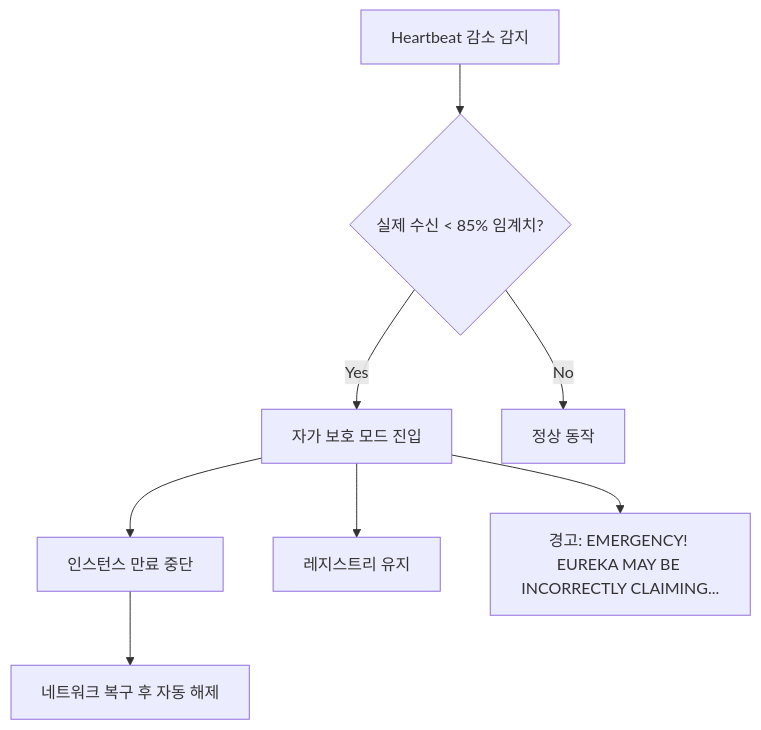
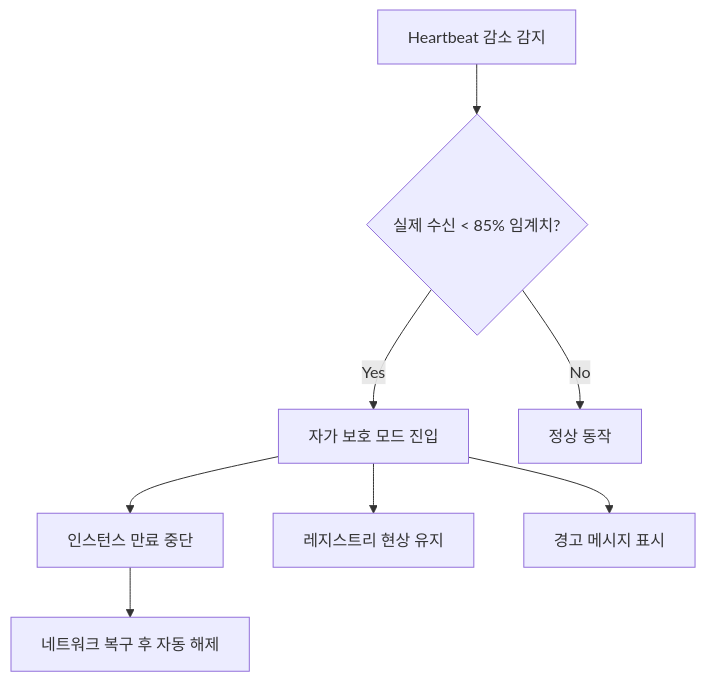
Before and after one commit to yjkim2015/yjkim2015.github.io: the third of 4 diagrams in _posts/spring/2026-05-01-spring-eureka.md, drawn with Mermaid. The commit also changed other lines of this file and 34 other files, not shown here.

First line of the commit message:
Full quality pass: 41 files — ASCII removed, 동작원리 보강, diagrams

```diff
--- a/_posts/spring/2026-05-01-spring-eureka.md
+++ b/_posts/spring/2026-05-01-spring-eureka.md
@@ -373,10 +184,10 @@
 <div class="mermaid">
 graph TD
-    A[Heartbeat 감소 감지] --> B{실제 수신 < 85% 임계치?}
-    B -->|Yes| C[자가 보호 모드 진입]
-    B -->|No| D[정상 동작]
-    C --> E[인스턴스 만료 중단]
-    C --> F[레지스트리 유지]
-    C --> G[경고: EMERGENCY! EUREKA MAY BE INCORRECTLY CLAIMING...]
-    E --> H[네트워크 복구 후 자동 해제]
+    A["Heartbeat 감소 감지"] --> B{"실제 수신 < 85% 임계치?"}
+    B -->|"Yes"| C["자가 보호 모드 진입"]
+    B -->|"No"| D["정상 동작"]
+    C --> E["인스턴스 만료 중단"]
+    C --> F["레지스트리 현상 유지"]
+    C --> G["경고 메시지 표시"]
+    E --> H["네트워크 복구 후 자동 해제"]
 </div>
```
